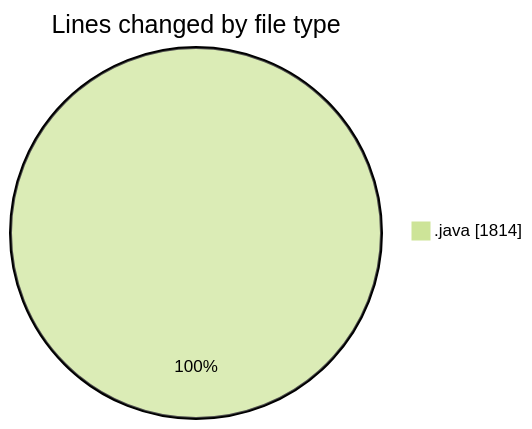
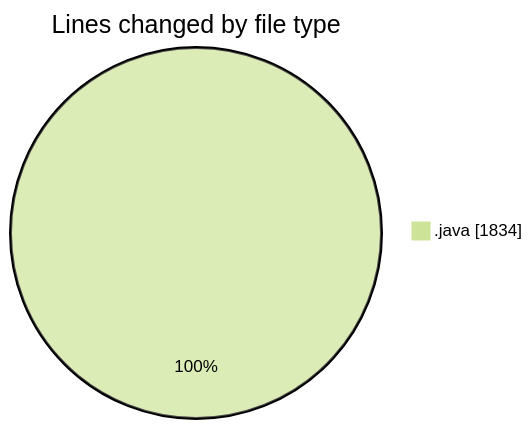
Before and after one commit to ricardozamudiocil/code-tracking: the first of 2 diagrams in 2026-07-21/cilreports__workspace_/README.md, drawn with Mermaid (forest theme). The commit also changed other lines of this file and 1 other file, not shown here.

````diff
--- a/2026-07-21/cilreports__workspace_/README.md
+++ b/2026-07-21/cilreports__workspace_/README.md
@@ -23,5 +24,5 @@
 ```mermaid
 pie showData
 title Lines changed by file type
-".java" : 1814
+".java" : 1834
 ```
````
